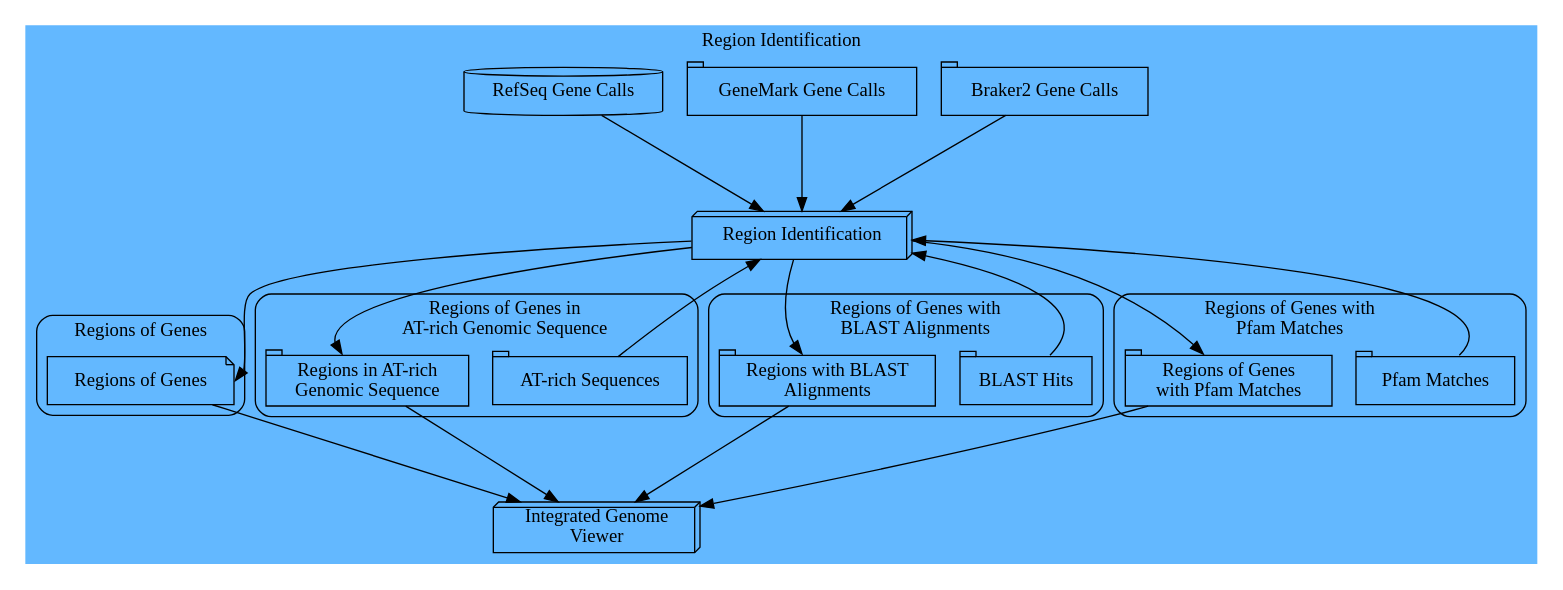
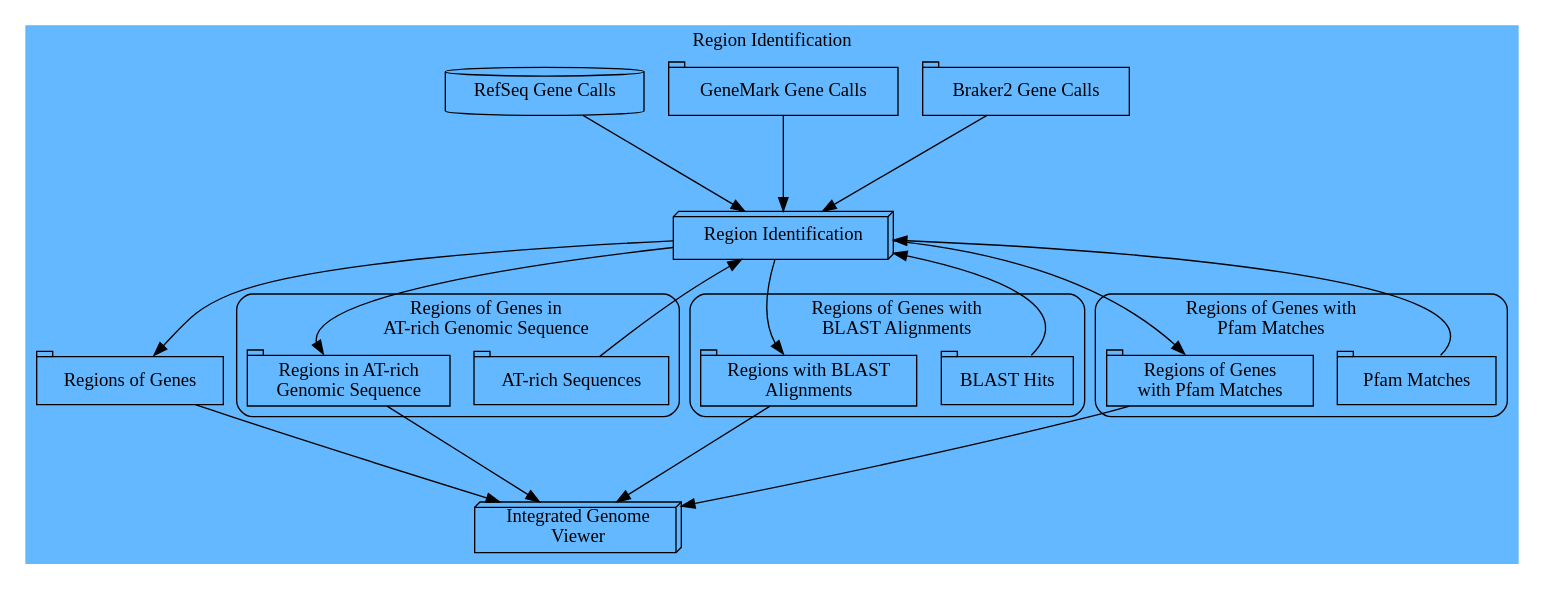
Before and after one commit to cbe453/masters: the diagram in working-thesis/figures/region-workflow.dot, drawn with Graphviz. The commit also changed 15 other files, not shown here.

```diff
--- a/working-thesis/figures/region-workflow.dot
+++ b/working-thesis/figures/region-workflow.dot
@@ -1,77 +1,78 @@
 digraph G{
 
 	style = filled;
 	color = steelblue1;
 	ranksep = 1;
 
 	subgraph cluster_0 {
 		label = "Region Identification";
 		"Braker2 Gene Calls" [shape = tab];
 		"GeneMark Gene Calls" [shape = tab];
 		"RefSeq Gene Calls" [shape = cylinder];
 		#"Pooled Gene Calls" [shape = tab];
 
 		"Braker2 Gene Calls" -> process;
                 "GeneMark Gene Calls" -> process;
                 "RefSeq Gene Calls" -> process;
 		process [label = "Region Identification", shape = box3d];
 		#"Pooled Gene Calls" -> process;
 
-		subgraph cluster_1 {
-			fillcolor = "#EDF1F2"; 
-                    	color = "black";
-	 		label = "Regions of Genes";
-			#a [label = "Identify Regions", shape = box3d];
-			"Regions of Genes" [shape = note];
-			shape = rect;
-			style = rounded;
-		}
-		process -> "Regions of Genes":e;
+		#subgraph cluster_1 {
+		#	fillcolor = "#EDF1F2"; 
+        #            	color = "black";
+	 	#	label = "Regions of Genes";
+		#	#a [label = "Identify Regions", shape = box3d];
+		#	"Regions of Genes" [shape = note];
+		#	shape = rect;
+		#	style = rounded;
+		#}
+		"Regions of Genes" [shape = tab];
+		process -> "Regions of Genes":ne;
 
 		subgraph cluster_2 {
 			fillcolor = "#EDF1F2"; 
                     	color = "black";
 			"AT-rich Sequences" [shape = tab];
 			label = "             Regions of Genes in\n             AT-rich Genomic Sequence";
 			atrich [label = "Regions in AT-rich\nGenomic Sequence", shape = tab]
 			#b [label = "Identify Regions", shape = box3d];
 			shape = rect;
                         style = rounded;
 		}
 		"AT-rich Sequences" -> process;
 		process -> atrich:nw;
 
 		subgraph cluster_3 {
 			fillcolor = "#EDF1F2"; 
                         color = "black";
 			"BLAST Hits" [shape = tab];
 			label = "     Regions of Genes with\n     BLAST Alignments";
 			blastresults [label = "Regions with BLAST\nAlignments", shape = tab];
 			#c [label = "Identify Regions", shape = box3d];
 			shape = rect;
                         style = rounded;
 		}
 		"BLAST Hits":ne -> process;
 		process -> blastresults:nw;
 		 
 		subgraph cluster_4 {
 			fillcolor = "#EDF1F2"; 
                     	color = "black";
 			"Pfam Matches" [shape = tab];
 			label = "Regions of Genes with             \nPfam Matches             ";
 			pfamresults [label = "Regions of Genes\nwith Pfam Matches", shape = tab];
 			#d [label = "Identify Regions", shape = box3d];
 			shape = rect;
                         style = rounded;
 		}
 		"Pfam Matches":ne -> process;
 		process -> pfamresults:nw;
 
 		
 		igv [label = "Integrated Genome\nViewer", shape = box3d];
 		pfamresults -> igv;
 		blastresults -> igv;
 		atrich -> igv;
 		"Regions of Genes" -> igv;
 	}
 }
```
